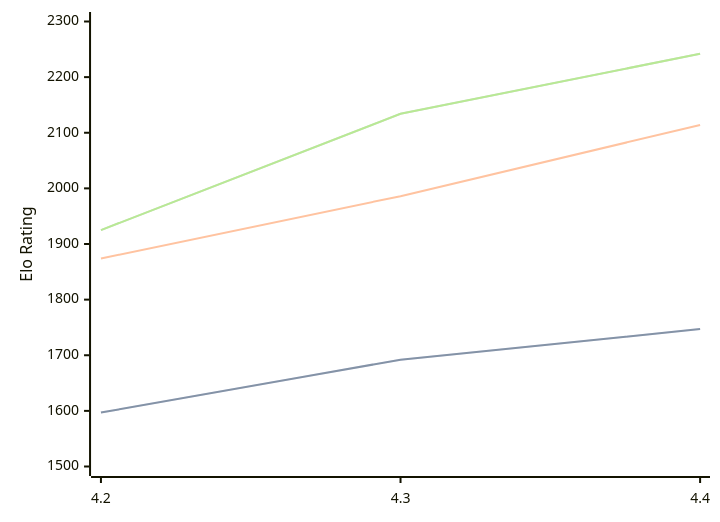
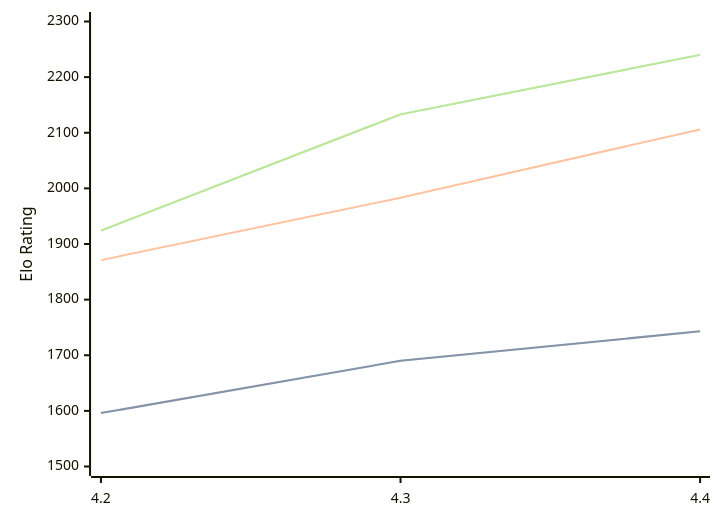
One commit to computer-chess-index/cci changed the diagram in engines/Radiance.md. Above: the diagram before and after it, drawn with Mermaid. The commit also changed other lines of this file, not shown here.

Commit message:
Update CCI Ratings (ELO VLTC) - 2026-04-27

````diff
--- a/engines/Radiance.md
+++ b/engines/Radiance.md
@@ -36,11 +36,11 @@
 ```mermaid
 %%{init: {"theme":"base","themeVariables":{"seriesColors:['#a3a3a3','#222221','#faa371']}}}%%
 xychart-beta
   x-axis ["4.2", "4.3", "4.4"]
   y-axis "Elo Rating" 1500 --> 2300
-  line "STC (8.0+0.08s)" [1597, 1692, 1747]
-  line "STC (8.0+0.08s)" [1597, 1692, 1747]
-  line "LTC (60.0+0.60s)" [1874, 1986, 2114]
-  line "VLTC (2m24s+1.12s)" [1925, 2134, 2242]
-  line "VLTC (2m24s+1.12s)" [1925, 2134, 2242]
+  line "STC (8.0+0.08s)" [1596, 1690, 1743]
+  line "STC (8.0+0.08s)" [1596, 1690, 1743]
+  line "LTC (60.0+0.60s)" [1871, 1983, 2106]
+  line "VLTC (2m24s+1.12s)" [1924, 2133, 2240]
+  line "VLTC (2m24s+1.12s)" [1924, 2133, 2240]
 ```
````
